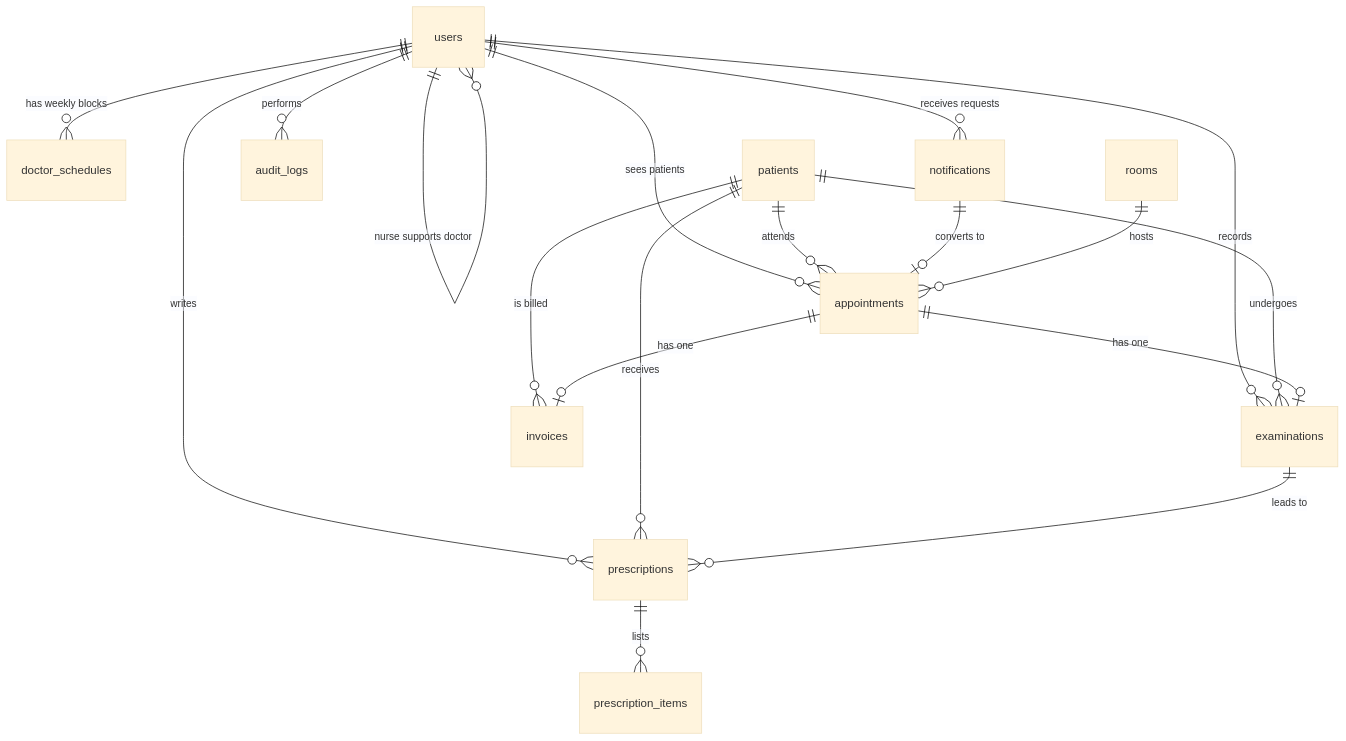
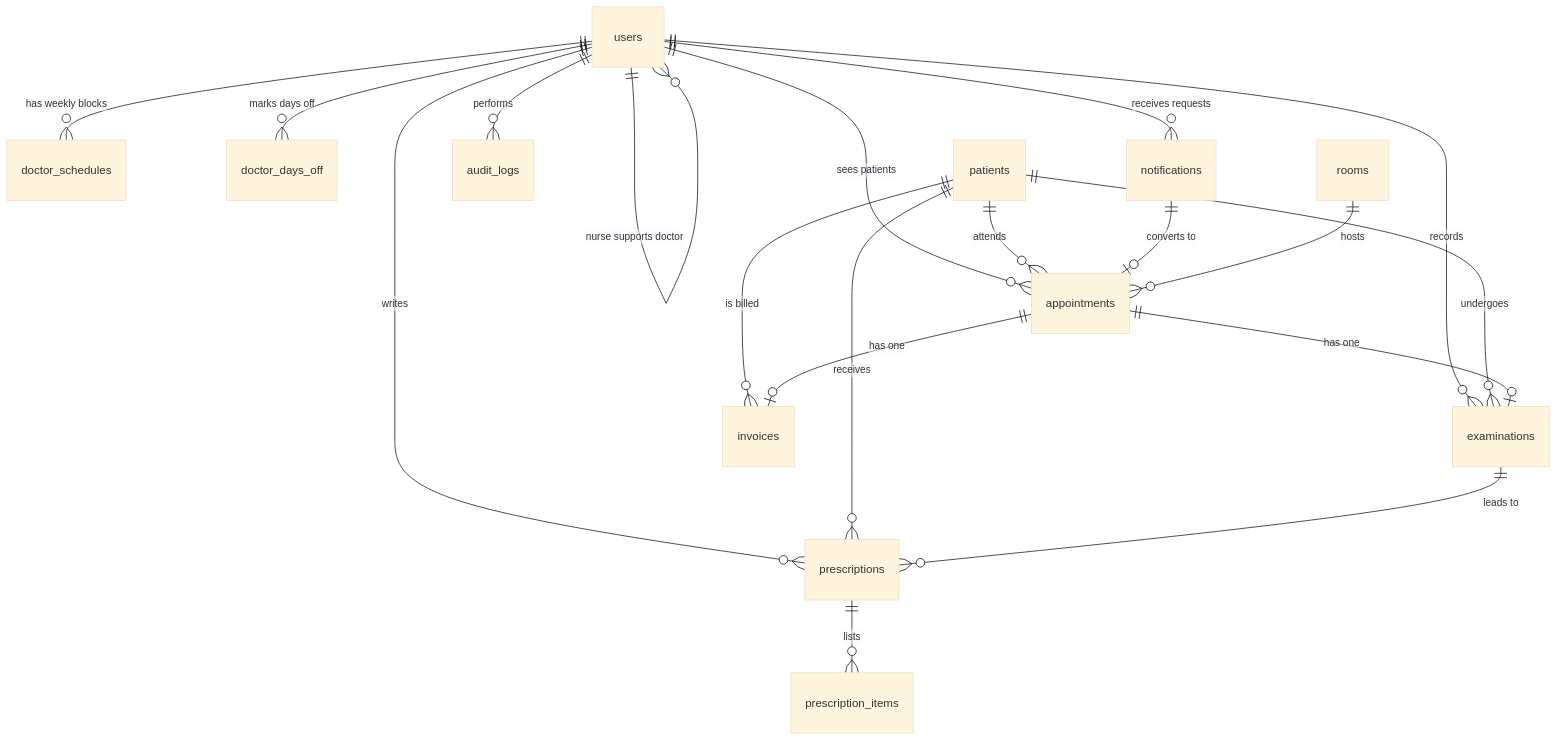
One commit to kelsengile/AppointMed changed the third of 11 diagrams in DOCUMENTATION.md. Above: the diagram before and after it, drawn with Mermaid (base theme). The commit also changed other lines of this file and 8 other files, not shown here.

````diff
--- a/DOCUMENTATION.md
+++ b/DOCUMENTATION.md
@@ -279,20 +278,21 @@
 ```mermaid
 erDiagram
     users ||--o{ users : "nurse supports doctor"
     users ||--o{ doctor_schedules : "has weekly blocks"
+    users ||--o{ doctor_days_off : "marks days off"
     users ||--o{ notifications : "receives requests"
     users ||--o{ appointments : "sees patients"
     users ||--o{ examinations : "records"
     users ||--o{ prescriptions : "writes"
     users ||--o{ audit_logs : "performs"
     patients ||--o{ appointments : "attends"
     patients ||--o{ examinations : "undergoes"
     patients ||--o{ prescriptions : "receives"
     patients ||--o{ invoices : "is billed"
     notifications ||--o| appointments : "converts to"
     rooms ||--o{ appointments : "hosts"
     appointments ||--o| examinations : "has one"
     appointments ||--o| invoices : "has one"
     examinations ||--o{ prescriptions : "leads to"
     prescriptions ||--o{ prescription_items : "lists"
 ```
````
